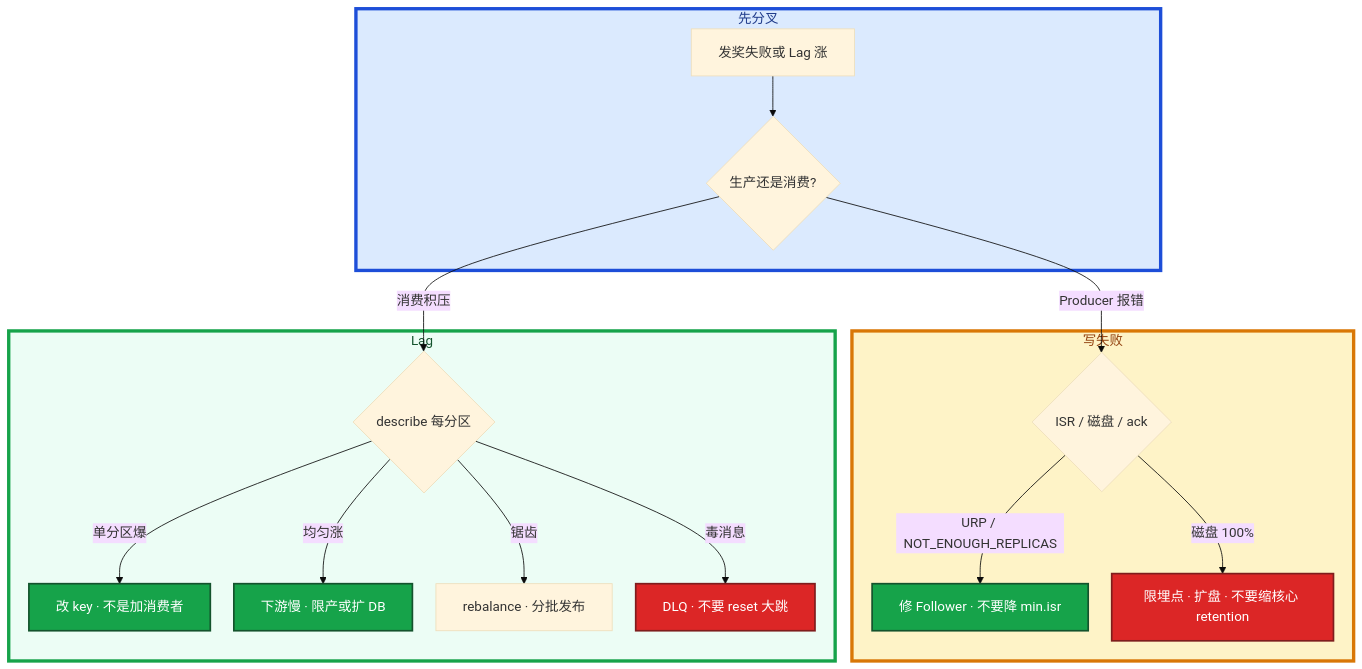
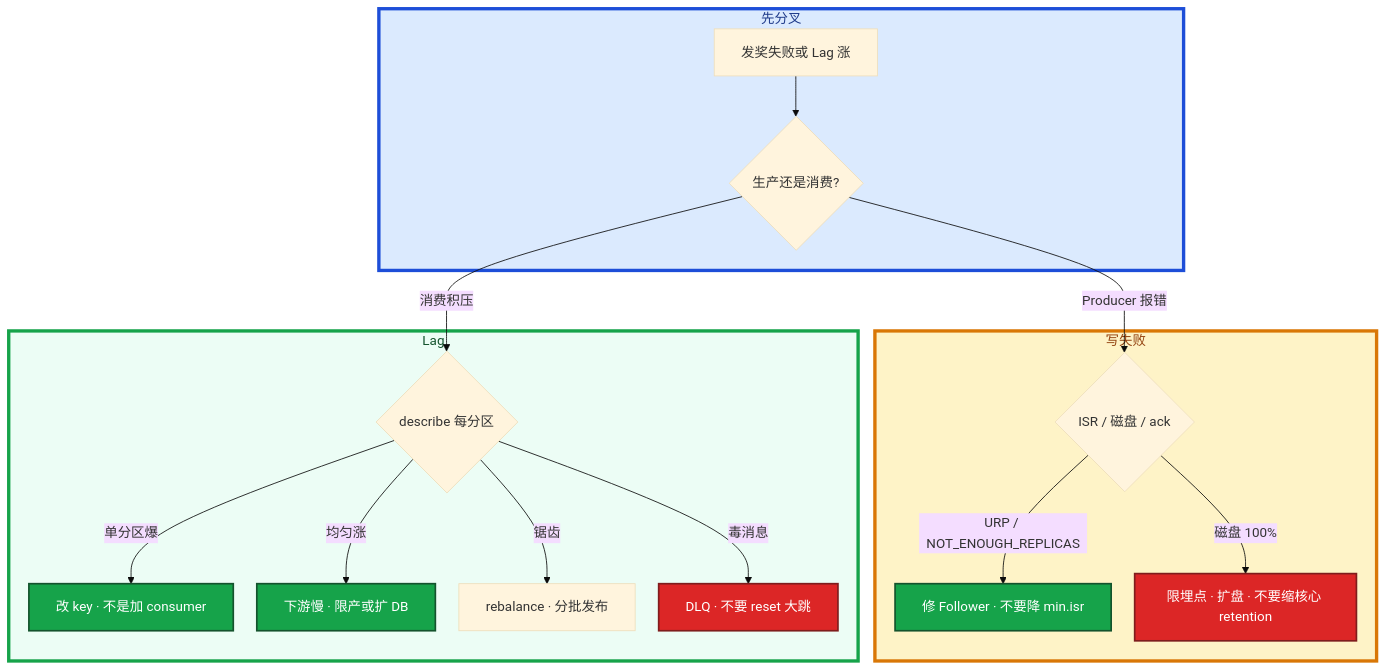
The ninth of 9 diagrams in 03-中间件与数据库/05-Kafka/知识点.md (ml-cuizijun/LearnToLilith), drawn with Mermaid before and after one commit. The commit also changed other lines of this file and 107 other files, not shown here.

````diff
--- a/03-中间件与数据库/05-Kafka/知识点.md
+++ b/03-中间件与数据库/05-Kafka/知识点.md
@@ -549,30 +598,30 @@
 ```mermaid
 %%{init: {"flowchart": {"padding": 16, "nodeSpacing": 28, "rankSpacing": 48}, "theme": "base"}}%%
 flowchart TB
     subgraph gate ["先分叉"]
         A[发奖失败或 Lag 涨] --> B{生产还是消费?}
     end
 
     subgraph wr ["写失败"]
         B -->|Producer 报错| C{ISR / 磁盘 / ack}
         C -->|URP / NOT_ENOUGH_REPLICAS| D[修 Follower · 不要降 min.isr]
         C -->|磁盘 100%| E[限埋点 · 扩盘 · 不要缩核心 retention]
     end
 
     subgraph rd ["Lag"]
         B -->|消费积压| F{describe 每分区}
-        F -->|单分区爆| G[改 key · 不是加消费者]
+        F -->|单分区爆| G[改 key · 不是加 consumer]
         F -->|均匀涨| H[下游慢 · 限产或扩 DB]
         F -->|锯齿| I[rebalance · 分批发布]
         F -->|毒消息| J[DLQ · 不要 reset 大跳]
     end
 
     classDef bad fill:#DC2626,stroke:#7F1D1D,stroke-width:2px,color:#fff
     classDef ok fill:#16A34A,stroke:#14532D,stroke-width:2px,color:#fff
     class D,G,H ok
     class E,J bad
 
     style gate fill:#DBEAFE,stroke:#1D4ED8,stroke-width:4px,color:#1E3A8A
     style wr fill:#FEF3C7,stroke:#D97706,stroke-width:4px,color:#92400E
     style rd fill:#ECFDF5,stroke:#16A34A,stroke-width:4px,color:#14532D
 ```
````
